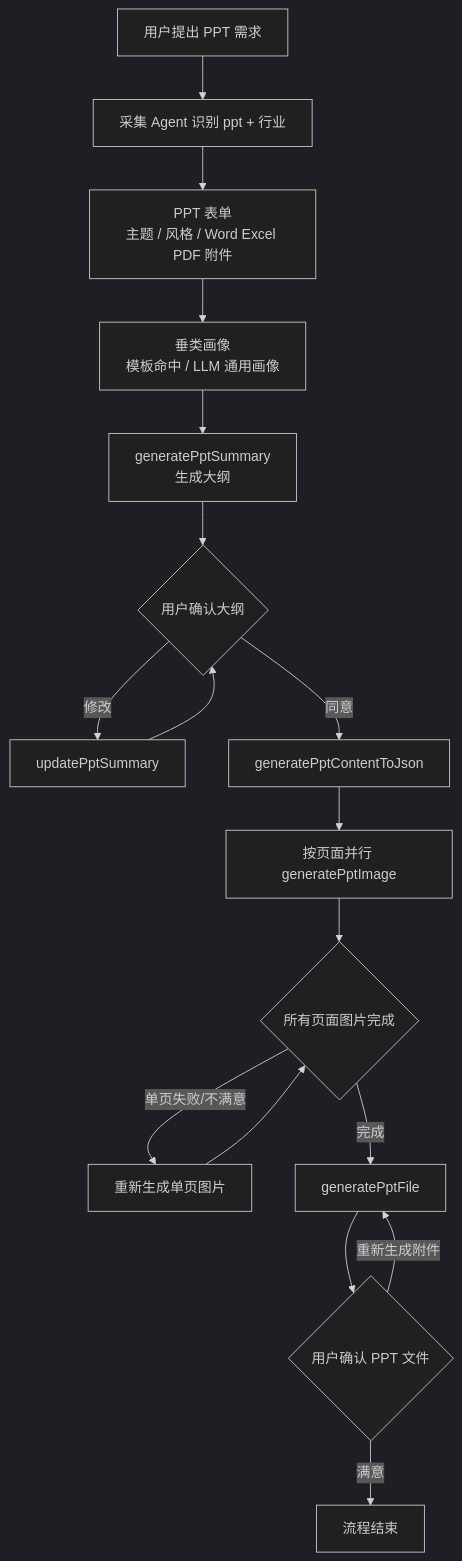
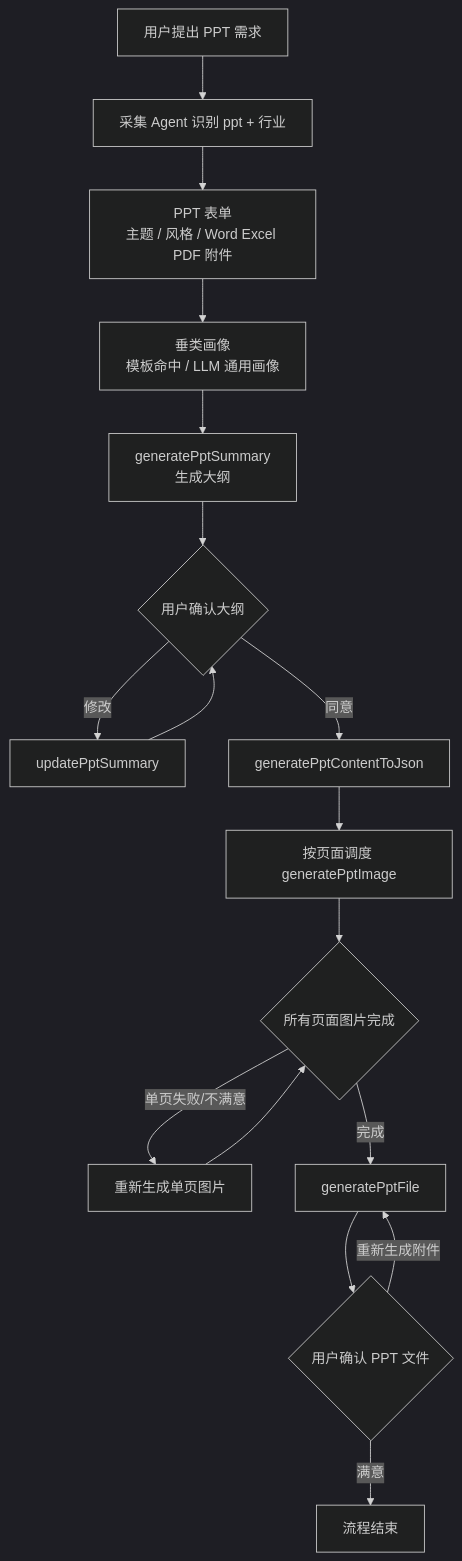
The fourth of 7 diagrams in docs/pixelflow-agent-skill-flow-latest-design.md (joyslxd/pixelflow), drawn with Mermaid (dark theme) before and after one commit. The commit also changed other lines of this file and 5 other files, not shown here.

````diff
--- a/docs/pixelflow-agent-skill-flow-latest-design.md
+++ b/docs/pixelflow-agent-skill-flow-latest-design.md
@@ -289,19 +289,19 @@
 ```mermaid
 flowchart TD
   A["用户提出 PPT 需求"] --> B["采集 Agent 识别 ppt + 行业"]
   B --> C["PPT 表单<br/>主题 / 风格 / Word Excel PDF 附件"]
   C --> D["垂类画像<br/>模板命中 / LLM 通用画像"]
   D --> E["generatePptSummary<br/>生成大纲"]
   E --> F{"用户确认大纲"}
   F -->|"修改"| G["updatePptSummary"]
   G --> F
   F -->|"同意"| H["generatePptContentToJson"]
-  H --> I["按页面并行 generatePptImage"]
+  H --> I["按页面调度 generatePptImage"]
   I --> J{"所有页面图片完成"}
   J -->|"单页失败/不满意"| K["重新生成单页图片"]
   K --> J
   J -->|"完成"| L["generatePptFile"]
   L --> M{"用户确认 PPT 文件"}
   M -->|"重新生成附件"| L
   M -->|"满意"| N["流程结束"]
 ```
````
